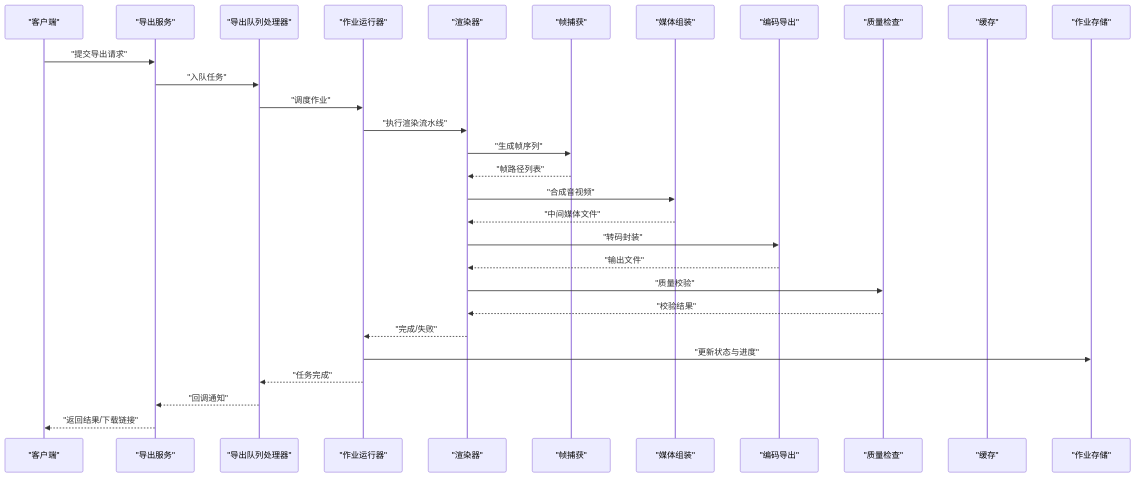
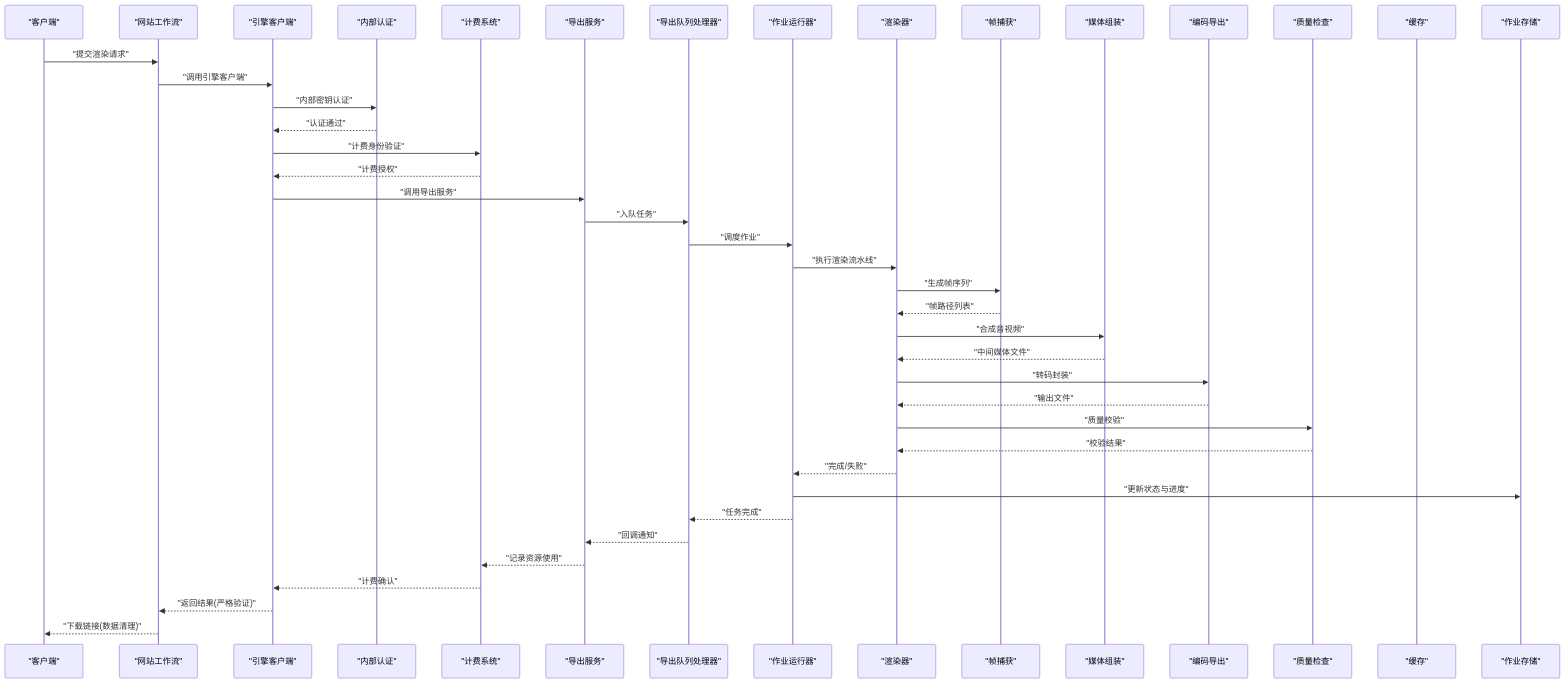
Before and after one commit to scottcwy/PurpleInk: the second of 5 diagrams in .qoder/repowiki/zh/content/渲染引擎/渲染引擎.md, drawn with Mermaid. The commit also changed other lines of this file and 29 other files, not shown here.

````diff
--- a/.qoder/repowiki/zh/content/渲染引擎/渲染引擎.md
+++ b/.qoder/repowiki/zh/content/渲染引擎/渲染引擎.md
@@ -135,31 +183,44 @@
 ```mermaid
 sequenceDiagram
 participant Client as "客户端"
+participant WebsiteWorkflow as "网站工作流"
+participant EngineClient as "引擎客户端"
+participant InternalAuth as "内部认证"
+participant Billing as "计费系统"
 participant ExportSvc as "导出服务"
 participant Queue as "导出队列处理器"
 participant Runner as "作业运行器"
 participant Renderer as "渲染器"
 participant Capture as "帧捕获"
 participant Assembly as "媒体组装"
 participant Encode as "编码导出"
 participant QA as "质量检查"
 participant Cache as "缓存"
 participant Store as "作业存储"
-Client->>ExportSvc : "提交导出请求"
+Client->>WebsiteWorkflow : "提交渲染请求"
+WebsiteWorkflow->>EngineClient : "调用引擎客户端"
+EngineClient->>InternalAuth : "内部密钥认证"
+InternalAuth-->>EngineClient : "认证通过"
+EngineClient->>Billing : "计费身份验证"
+Billing-->>EngineClient : "计费授权"
+EngineClient->>ExportSvc : "调用导出服务"
 ExportSvc->>Queue : "入队任务"
 Queue->>Runner : "调度作业"
 Runner->>Renderer : "执行渲染流水线"
 Renderer->>Capture : "生成帧序列"
 Capture-->>Renderer : "帧路径列表"
 Renderer->>Assembly : "合成音视频"
 Assembly-->>Renderer : "中间媒体文件"
 Renderer->>Encode : "转码封装"
 Encode-->>Renderer : "输出文件"
 Renderer->>QA : "质量校验"
 QA-->>Renderer : "校验结果"
 Renderer-->>Runner : "完成/失败"
 Runner->>Store : "更新状态与进度"
 Runner-->>Queue : "任务完成"
 Queue-->>ExportSvc : "回调通知"
-ExportSvc-->>Client : "返回结果/下载链接"
+ExportSvc-->>Billing : "记录资源使用"
+Billing-->>EngineClient : "计费确认"
+EngineClient-->>WebsiteWorkflow : "返回结果(严格验证)"
+WebsiteWorkflow-->>Client : "下载链接(数据清理)"
 ```
````
